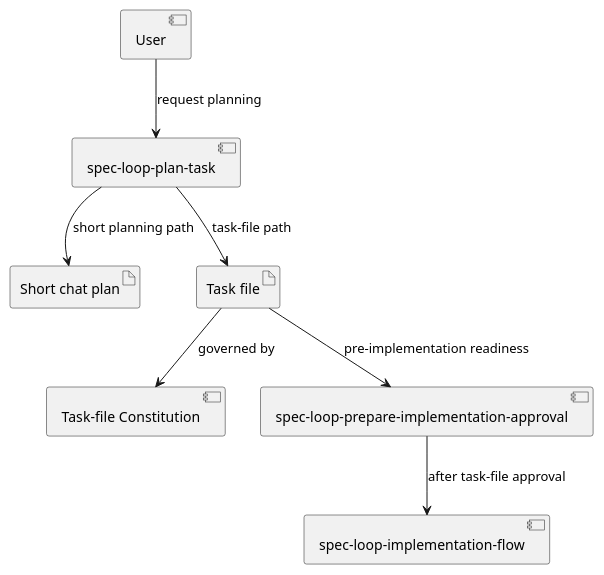
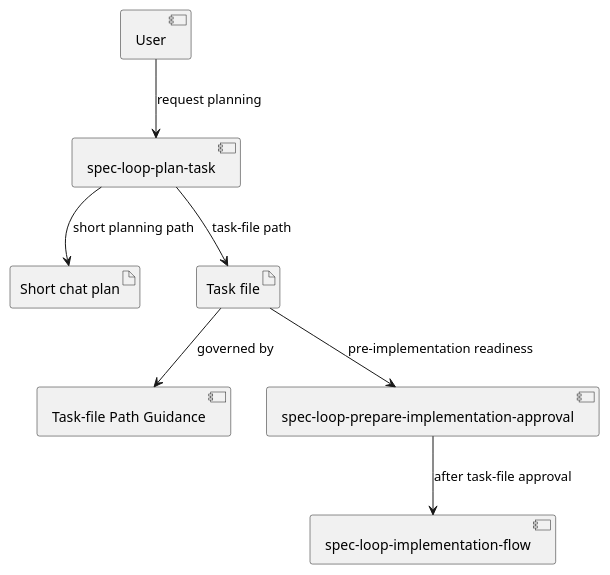
Before and after one commit to dpolivaev/spec-loop: the first of 3 diagrams in tasks/review/unify-fileless-and-task-semantics.md, drawn with PlantUML. The commit also changed other lines of this file and 11 other files, not shown here.

First line of the commit message:
Restructure Spec Loop planning guidance by path

````diff
--- a/tasks/review/unify-fileless-and-task-semantics.md
+++ b/tasks/review/unify-fileless-and-task-semantics.md
@@ -58,18 +58,18 @@
   ```plantuml
   @startuml
   component User
   component "spec-loop-plan-task" as PlanTask
   artifact "Short chat plan" as ShortChatPlan
   artifact "Task file" as TaskFile
-  component "Task-file Constitution" as Constitution
+  component "Task-file Path Guidance" as TaskFileGuidance
   component "spec-loop-prepare-implementation-approval" as PrepareApproval
   component "spec-loop-implementation-flow" as ImplementationFlow
 
   User --> PlanTask : request planning
   PlanTask --> ShortChatPlan : short planning path
   PlanTask --> TaskFile : task-file path
-  TaskFile --> Constitution : governed by
+  TaskFile --> TaskFileGuidance : governed by
   TaskFile --> PrepareApproval : pre-implementation readiness
   PrepareApproval --> ImplementationFlow : after task-file approval
   @enduml
   ```
````
